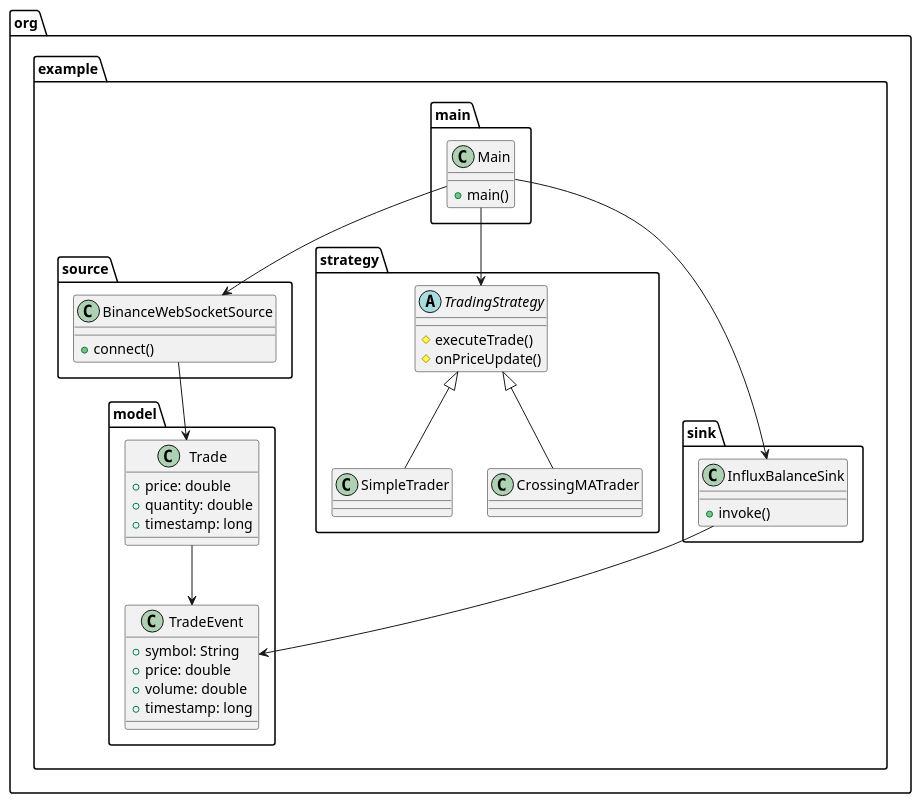
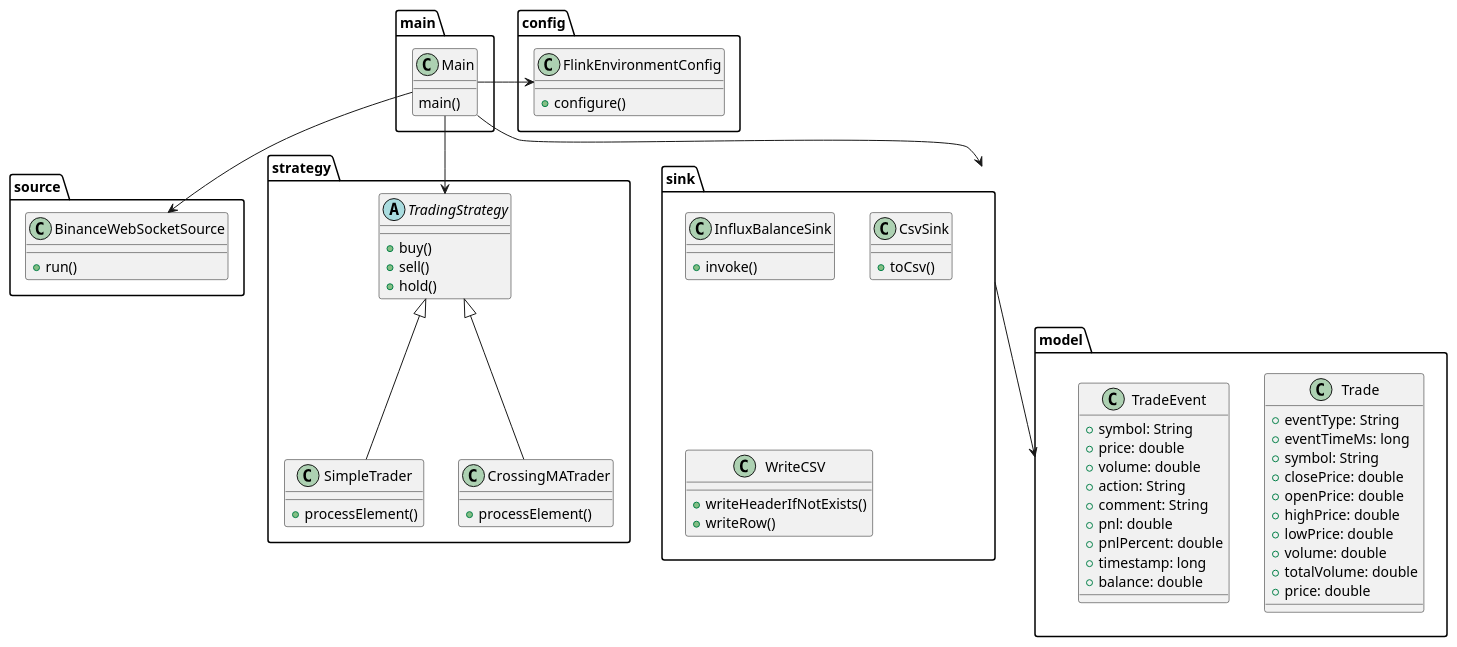
Before and after one commit to KrzysztofGG/CryptoTrader: the diagram in src/main/resources/diagram.puml, drawn with PlantUML. The commit also changed 13 other files, not shown here.

Commit message:
update CrossingMATrader and SimpleTrader, update diagram, add resources for README, make trader configurable

```diff
--- a/src/main/resources/diagram.puml
+++ b/src/main/resources/diagram.puml
@@ -1,58 +1,87 @@
 @startuml
 
-package "org.example.source" {
-    class BinanceWebSocketSource {
-        +connect()
+package "config" {
+    class FlinkEnvironmentConfig {
+          +configure()
     }
 }
 
-package "org.example.strategy" {
+package "main" {
+      class Main {
+        main()
+      }
+}
+
+package "source" {
+    class BinanceWebSocketSource {
+        +run()
+    }
+}
+
+package "strategy" {
     abstract class TradingStrategy {
-        #executeTrade()
-        #onPriceUpdate()
+        +buy()
+        +sell()
+        +hold()
     }
 
-    class SimpleTrader
-    class CrossingMATrader
+    class SimpleTrader {
+      +processElement()
+    }
+    class CrossingMATrader {
+      +processElement()
+    }
 }
 
-package "org.example.model" {
+package "model" {
     class Trade {
+        +eventType: String
+        +eventTimeMs: long
+        +symbol: String
+        +closePrice: double
+        +openPrice: double
+        +highPrice: double
+        +lowPrice: double
+        +volume: double
+        +totalVolume: double
         +price: double
-        +quantity: double
-        +timestamp: long
     }
 
     class TradeEvent {
         +symbol: String
         +price: double
         +volume: double
+        +action: String
+        +comment: String
+        +pnl: double
+        +pnlPercent: double
         +timestamp: long
+        +balance: double
     }
 }
 
-package "org.example.sink" {
+package "sink" {
     class InfluxBalanceSink {
         +invoke()
     }
+    class CsvSink {
+        +toCsv()
+    }
+    class WriteCSV {
+        +writeHeaderIfNotExists()
+        +writeRow()
+    }
 }
 
-package "org.example.main" {
-    class Main {
-        +main()
-    }
-}
 
 ' Relationships
 TradingStrategy <|-- SimpleTrader
 TradingStrategy <|-- CrossingMATrader
 
-BinanceWebSocketSource --> Trade
-Trade --> TradeEvent
-InfluxBalanceSink --> TradeEvent
-
+Main -> FlinkEnvironmentConfig
 Main --> BinanceWebSocketSource
 Main --> TradingStrategy
-Main --> InfluxBalanceSink
+Main --> sink
+sink --> model
 
 @enduml
```
